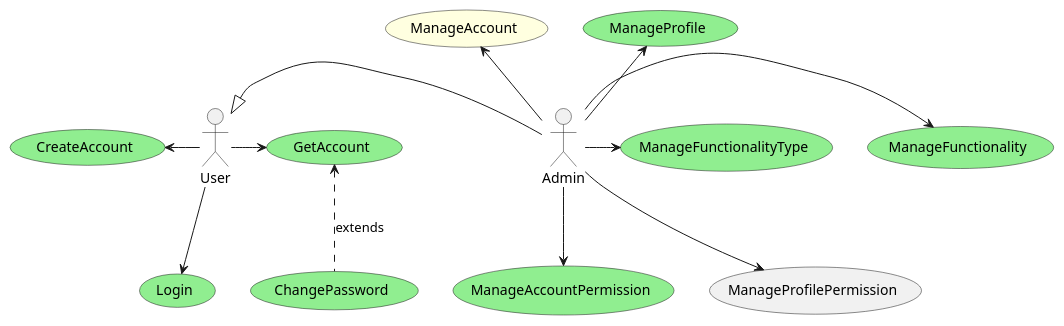
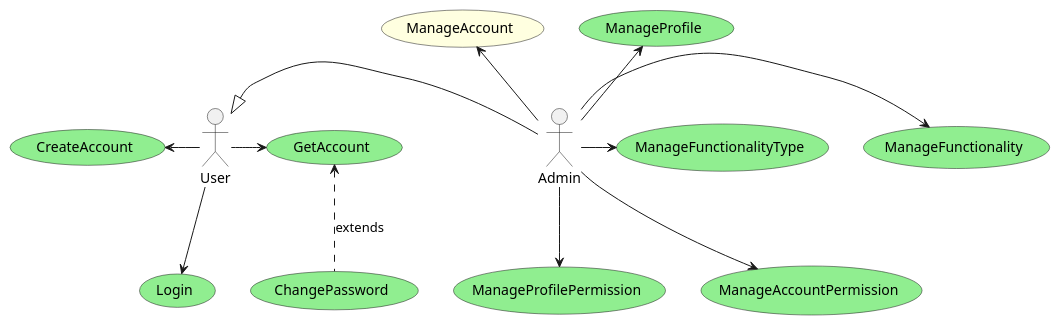
Before and after one commit to zehgreven/nutri-be-ddd-ca: the diagram in documentation/usecase/UseCase.iam.puml, drawn with PlantUML. The commit also changed 16 other files, not shown here.

```diff
--- a/documentation/usecase/UseCase.iam.puml
+++ b/documentation/usecase/UseCase.iam.puml
@@ -1,30 +1,31 @@
 @startuml Use Case
 
 actor User
 actor Admin
 
 usecase CreateAccount #LightGreen
 usecase Login #LightGreen
 usecase GetAccount #LightGreen
 usecase ChangePassword #LightGreen
 usecase ManageProfile #LightGreen
 usecase ManageFunctionalityType #LightGreen
 usecase ManageFunctionality #LightGreen
+usecase ManageProfilePermission #LightGreen
 usecase ManageAccountPermission #LightGreen
 usecase ManageAccount #LightYellow
 
 User <|-r- Admin
 
 User -l-> (CreateAccount) 
 User -r-> (GetAccount)
 (GetAccount) <.d. (ChangePassword) : extends
 User -d-> (Login)
 
 Admin -u-> (ManageProfile) 
 Admin -u-> (ManageAccount) 
 Admin -d-> (ManageProfilePermission) 
 Admin -d-> (ManageAccountPermission) 
 Admin -r-> (ManageFunctionality) 
 Admin -r-> (ManageFunctionalityType) 
 
 @enduml
```
